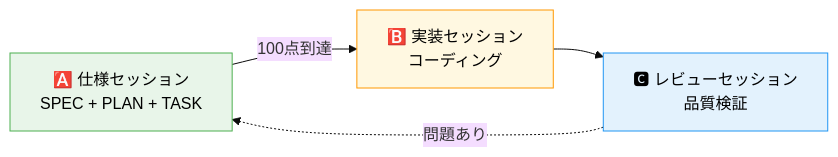
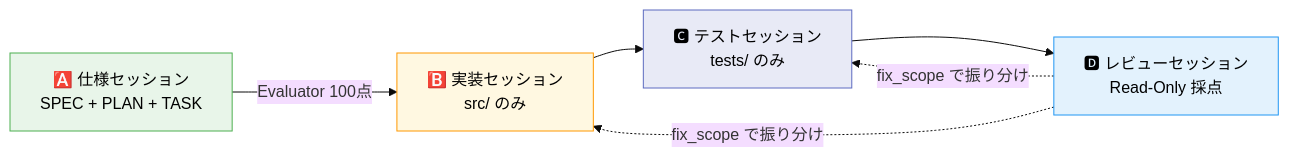
The fifth of 9 diagrams in README.md (heidayo/sage-ai-template), drawn with Mermaid (base theme) before and after one commit. The commit also changed other lines of this file and 14 other files, not shown here.

First line of the commit message:
Evaluator Read-Only化 + Phase 3-4 3エージェント分離 + コードレビュールブリック整備

````diff
--- a/README.md
+++ b/README.md
@@ -197,14 +204,18 @@
 ```mermaid
 graph LR
     A["🅰️ 仕様セッション<br/>SPEC + PLAN + TASK"]
-    B["🅱️ 実装セッション<br/>コーディング"]
-    C["🅲️ レビューセッション<br/>品質検証"]
+    B["🅱️ 実装セッション<br/>src/ のみ"]
+    T["🅲️ テストセッション<br/>tests/ のみ"]
+    C["🅳️ レビューセッション<br/>Read-Only 採点"]
 
-    A -->|100点到達| B
-    B --> C
-    C -.->|問題あり| A
+    A -->|"Evaluator 100点"| B
+    B --> T
+    T --> C
+    C -.->|"fix_scope で振り分け"| B
+    C -.->|"fix_scope で振り分け"| T
 
     style A fill:#e8f5e9,stroke:#4caf50,color:#000
     style B fill:#fff8e1,stroke:#ff9800,color:#000
+    style T fill:#e8eaf6,stroke:#5c6bc0,color:#000
     style C fill:#e3f2fd,stroke:#2196f3,color:#000
 ```
````
